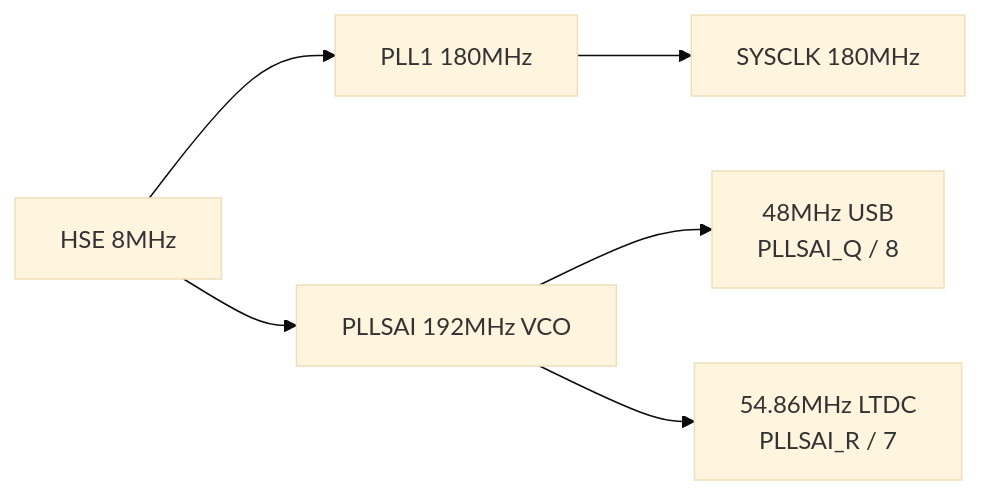
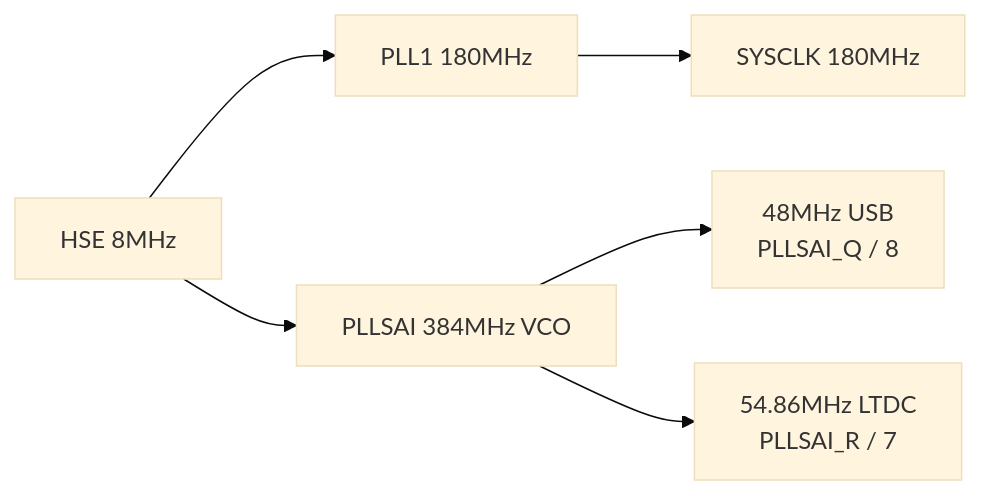
The second of 2 diagrams in README.md (Amperstrand/embassy-stm32f469i-disco), drawn with Mermaid (base theme) before and after one commit. The commit also changed other lines of this file, not shown here.

Commit message:
docs(readme): fix PLLSAI VCO math (384MHz not 192MHz); add EdgeFilter/DisplayOrientation to API table

````diff
--- a/README.md
+++ b/README.md
@@ -82,8 +82,8 @@
 ```mermaid
 flowchart LR
     HSE["HSE 8MHz"] --> PLL1["PLL1 180MHz"]
-    HSE --> PLLSAI["PLLSAI 192MHz VCO"]
+    HSE --> PLLSAI["PLLSAI 384MHz VCO"]
     PLL1 --> SYSCLK["SYSCLK 180MHz"]
     PLLSAI --> USB48["48MHz USB<br/>PLLSAI_Q / 8"]
     PLLSAI --> PIXEL["54.86MHz LTDC<br/>PLLSAI_R / 7"]
 ```
````
